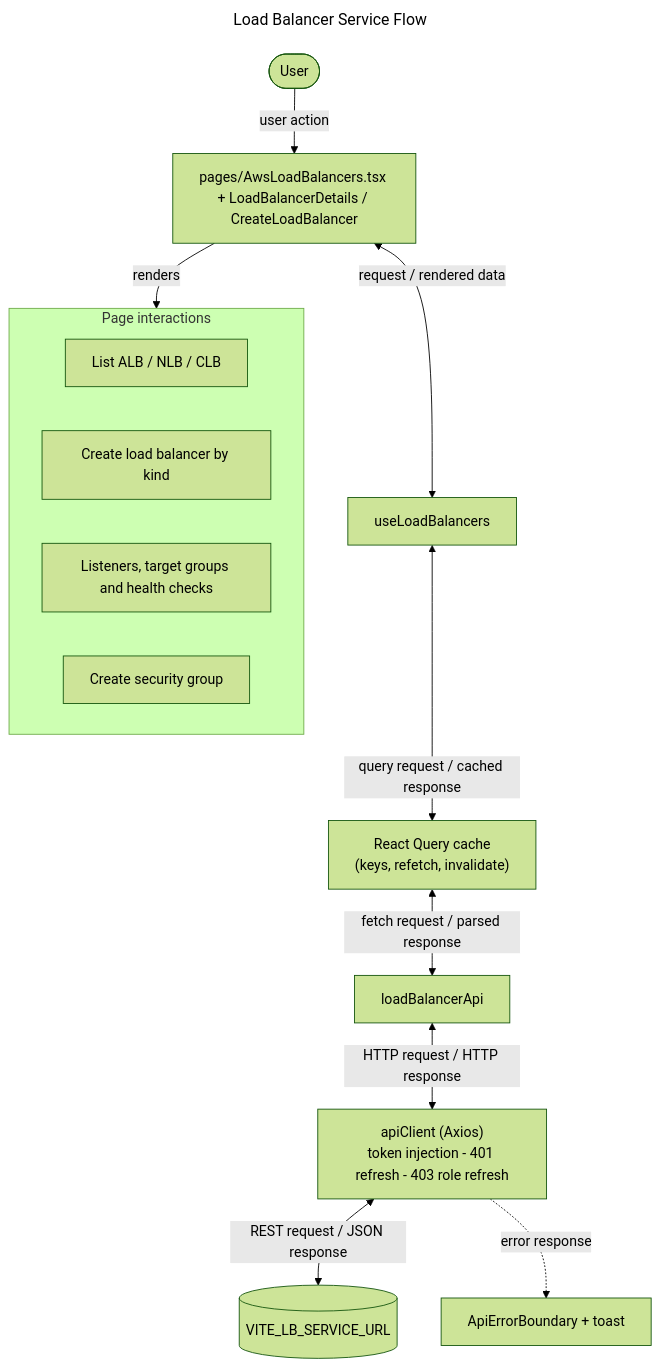
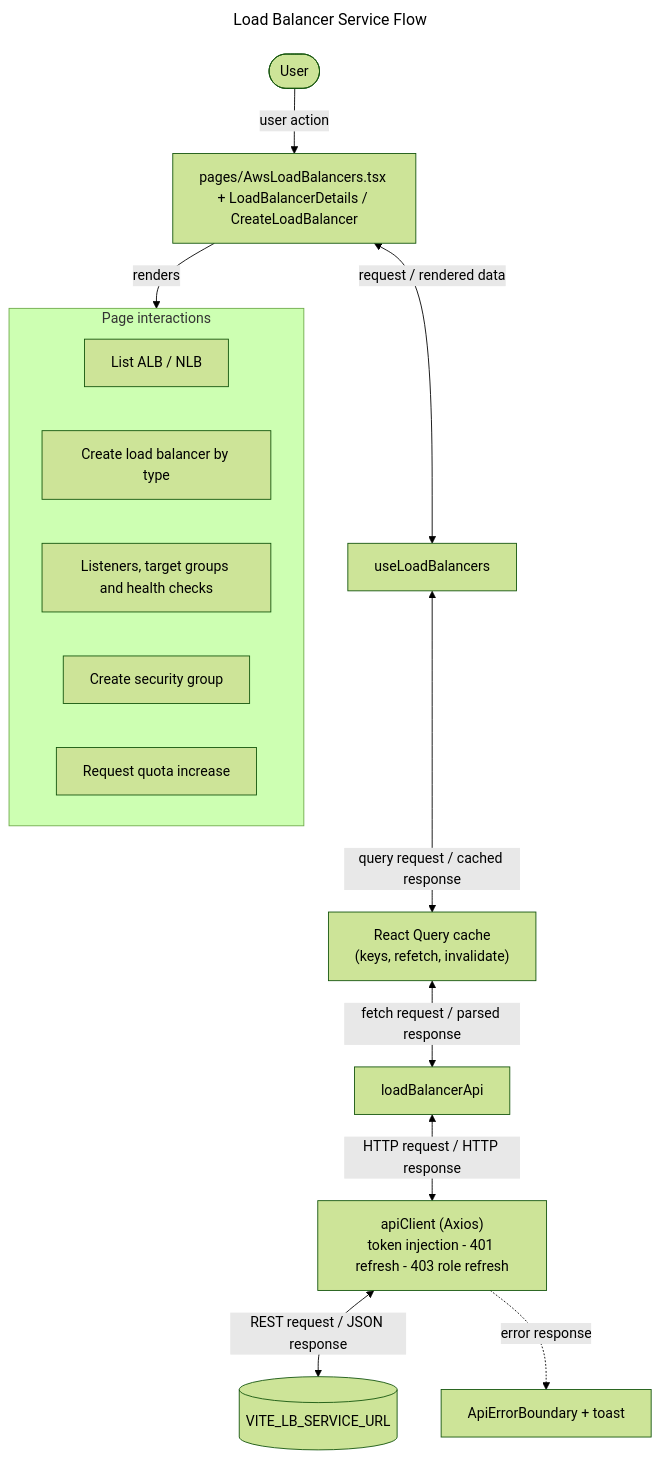
The diagram in docs/flowcharts/load-balancers.mmd (sayeeduddinofficial/user-table-view), drawn with Mermaid (forest theme) before and after one commit. The commit also changed 4 other files, not shown here.

```diff
--- a/docs/flowcharts/load-balancers.mmd
+++ b/docs/flowcharts/load-balancers.mmd
@@ -1,18 +1,19 @@
 ---
 title: Load Balancer Service Flow
 ---
 flowchart TD
   U([User]) -->|"user action"| P["pages/AwsLoadBalancers.tsx + LoadBalancerDetails / CreateLoadBalancer"]
   P <-->|"request / rendered data"| H["useLoadBalancers"]
   H <-->|"query request / cached response"| Q["React Query cache<br/>(keys, refetch, invalidate)"]
   Q <-->|"fetch request / parsed response"| A["loadBalancerApi"]
   A <-->|"HTTP request / HTTP response"| C["apiClient (Axios)<br/>token injection - 401 refresh - 403 role refresh"]
   C <-->|"REST request / JSON response"| S[("VITE_LB_SERVICE_URL")]
   P -->|"renders"| UI
   subgraph UI[Page interactions]
-    S0["List ALB / NLB / CLB"]
-    S1["Create load balancer by kind"]
+    S0["List ALB / NLB"]
+    S1["Create load balancer by type"]
     S2["Listeners, target groups and health checks"]
     S3["Create security group"]
+    S4["Request quota increase"]
   end
   C -. "error response" .-> E["ApiErrorBoundary + toast"]
```
